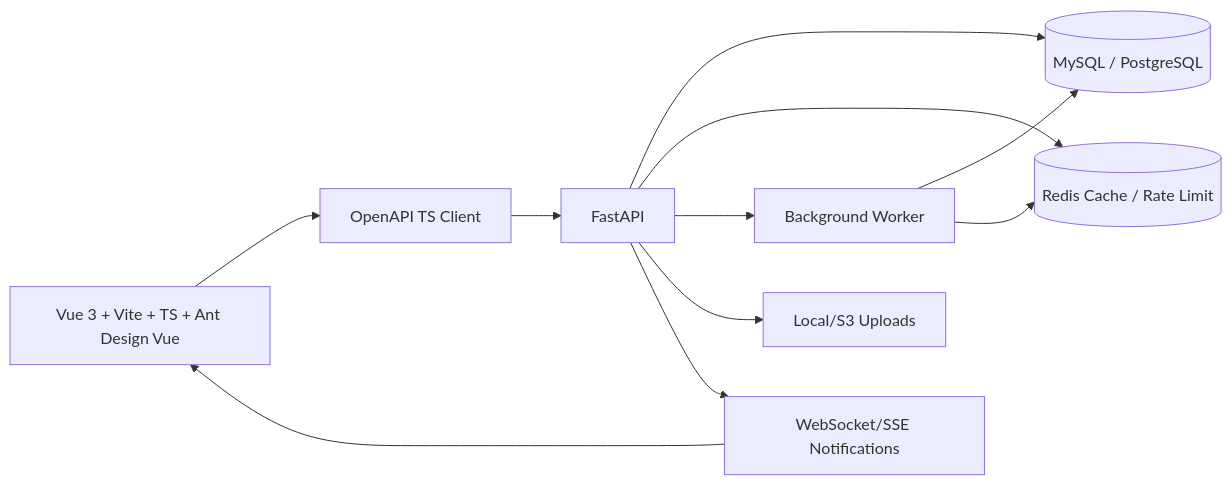
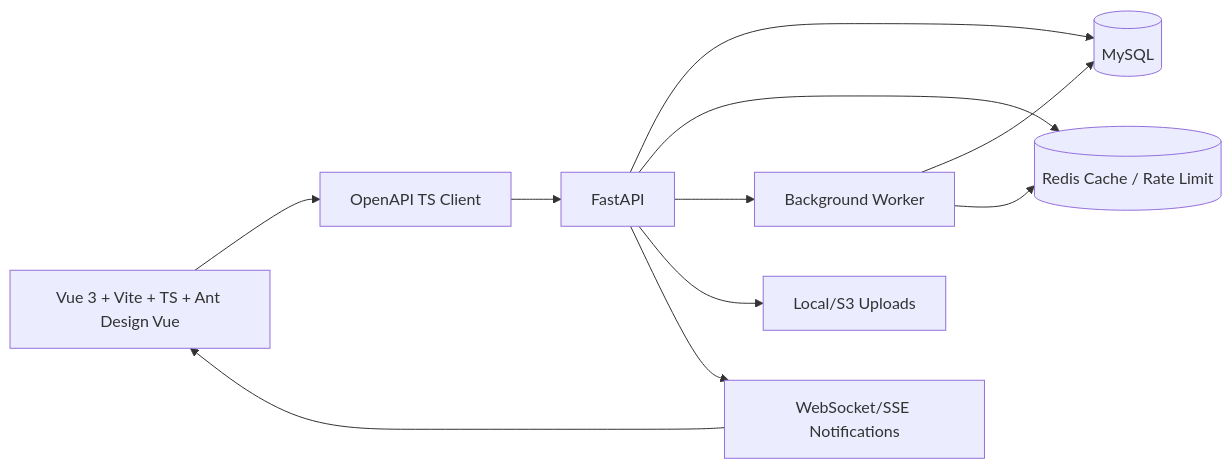
One commit to ixiaoyy/ParallelLines changed the second of 2 diagrams in .trellis/spec/product/discourse-inspired-parallellines-design.md. Above: the diagram before and after it, drawn with Mermaid. The commit also changed other lines of this file and 108 other files, not shown here.

````diff
--- a/.trellis/spec/product/discourse-inspired-parallellines-design.md
+++ b/.trellis/spec/product/discourse-inspired-parallellines-design.md
@@ -77,13 +77,13 @@
 ```mermaid
 flowchart LR
     Web["Vue 3 + Vite + TS + Ant Design Vue"] --> SDK["OpenAPI TS Client"]
     SDK --> API["FastAPI"]
-    API --> DB[("MySQL / PostgreSQL")]
+    API --> DB[("MySQL")]
     API --> Redis[("Redis Cache / Rate Limit")]
     API --> Worker["Background Worker"]
     Worker --> DB
     Worker --> Redis
     API --> ObjectStore["Local/S3 Uploads"]
     API --> WS["WebSocket/SSE Notifications"]
     WS --> Web
 ```
````
